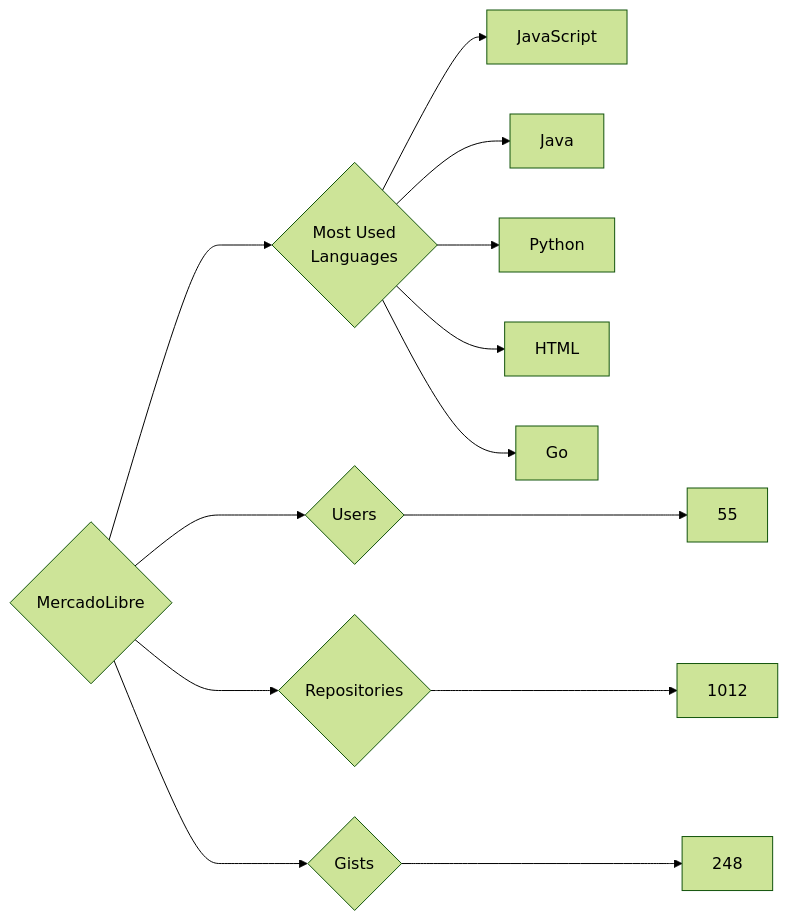
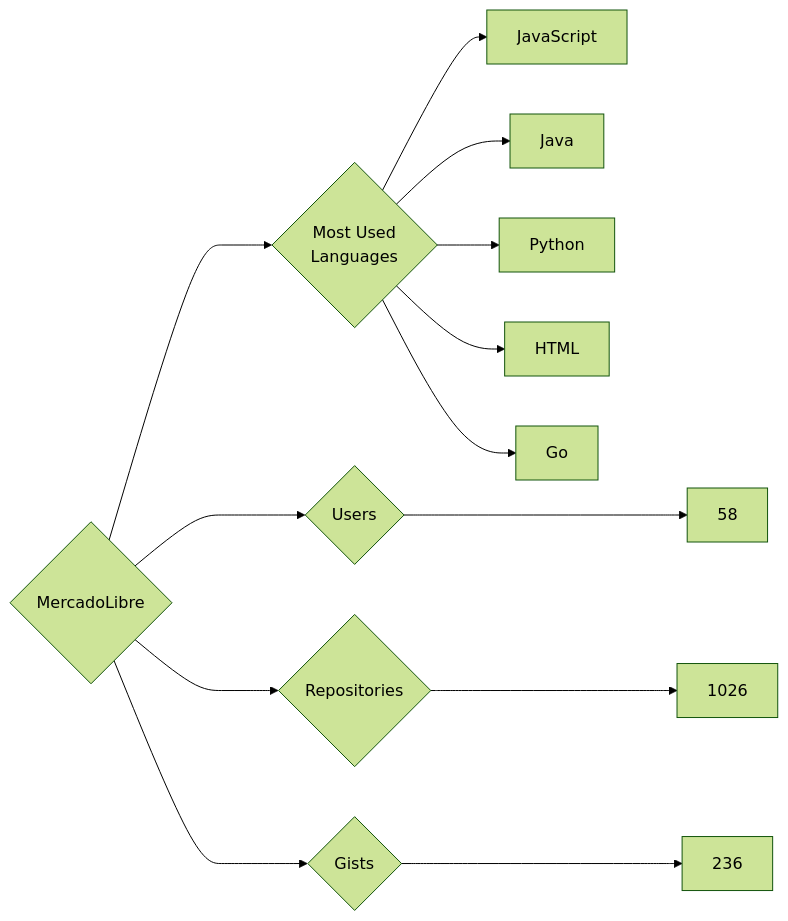
One commit to trickest/insiders changed the diagram in targets/MercadoLibre/README.md. Above: the diagram before and after it, drawn with Mermaid (forest theme). The commit also changed 964 other files, not shown here.

````diff
--- a/targets/MercadoLibre/README.md
+++ b/targets/MercadoLibre/README.md
@@ -3,13 +3,13 @@
 ```mermaid
 graph LR
 COMPANY_NAME{MercadoLibre}
-COMPANY_NAME ---> U{Users} ---> UN[55]
-COMPANY_NAME ---> R{Repositories} ---> RN[1012]
-COMPANY_NAME ---> G{Gists} ---> GN[248]
+COMPANY_NAME ---> U{Users} ---> UN[58]
+COMPANY_NAME ---> R{Repositories} ---> RN[1026]
+COMPANY_NAME ---> G{Gists} ---> GN[236]
 COMPANY_NAME ---> ML{Most Used<br>Languages}
 ML --> JavaScript[JavaScript]
 ML --> Java[Java]
 ML --> Python[Python]
 ML --> HTML[HTML]
 ML --> Go[Go]
 ```
````
